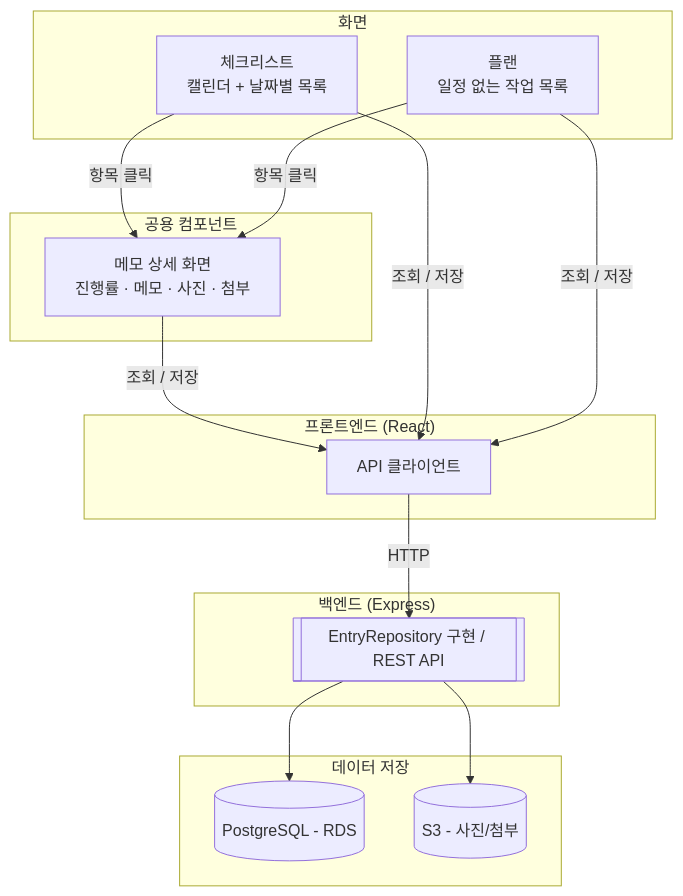
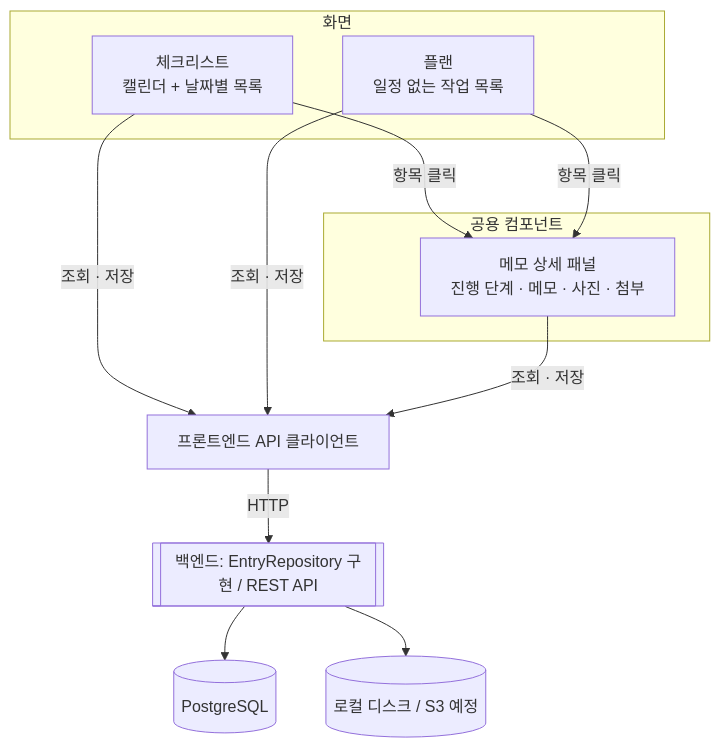
Before and after one commit to dgk99/three_arrows: the first of 2 diagrams in README.md, drawn with Mermaid. The commit also changed other lines of this file, not shown here.

````diff
--- a/README.md
+++ b/README.md
@@ -148,33 +136,25 @@
 ```mermaid
 flowchart TD
     subgraph Screens["화면"]
         A[체크리스트<br/>캘린더 + 날짜별 목록]
         B[플랜<br/>일정 없는 작업 목록]
     end
 
     subgraph Shared["공용 컴포넌트"]
-        C[메모 상세 화면<br/>진행률 · 메모 · 사진 · 첨부]
+        C[메모 상세 패널<br/>진행 단계 · 메모 · 사진 · 첨부]
     end
 
-    subgraph Frontend["프론트엔드 (React)"]
-        F[API 클라이언트]
-    end
-
-    subgraph Backend["백엔드 (Express)"]
-        D[[EntryRepository 구현 / REST API]]
-    end
-
-    subgraph DataLayer["데이터 저장"]
-        E[(PostgreSQL - RDS)]
-        S[(S3 - 사진/첨부)]
-    end
+    F[프론트엔드 API 클라이언트]
+    D[[백엔드: EntryRepository 구현 / REST API]]
+    E[(PostgreSQL)]
+    S[(로컬 디스크 / S3 예정)]
 
     A -->|항목 클릭| C
     B -->|항목 클릭| C
-    C -->|조회 / 저장| F
-    A -->|조회 / 저장| F
-    B -->|조회 / 저장| F
+    A -->|조회 · 저장| F
+    B -->|조회 · 저장| F
+    C -->|조회 · 저장| F
     F -->|HTTP| D
     D --> E
     D --> S
 ```
````
